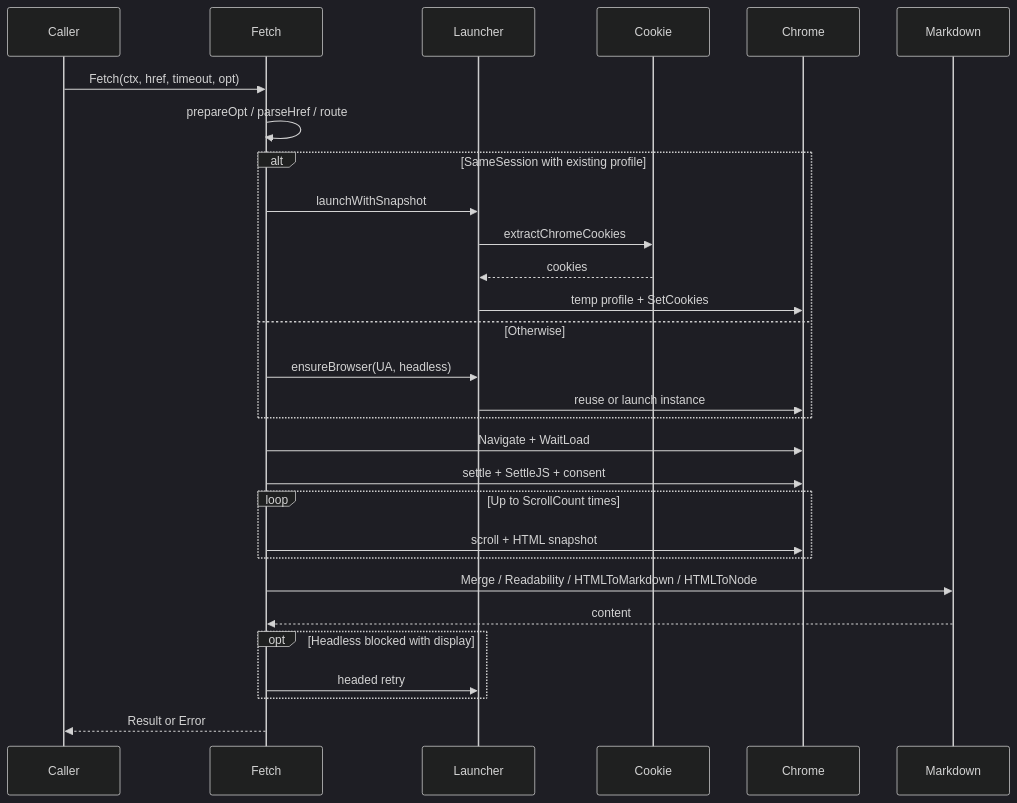
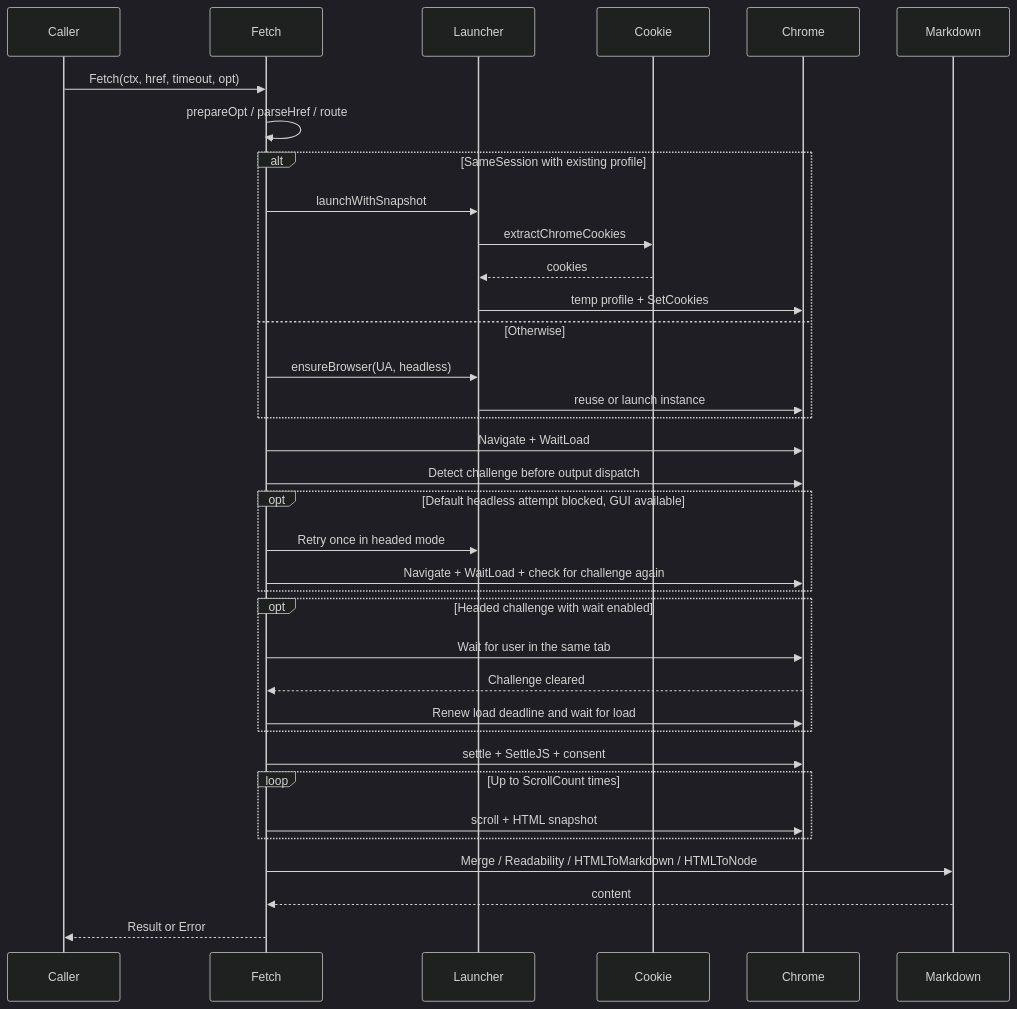
The seventh of 8 diagrams in doc/architecture.md (pardnchiu/go-browser), drawn with Mermaid (dark theme) before and after one commit. The commit also changed other lines of this file and 65 other files, not shown here.

````diff
--- a/doc/architecture.md
+++ b/doc/architecture.md
@@ -154,31 +161,38 @@
 ```mermaid
 sequenceDiagram
     participant Caller
     participant Fetch
     participant Launcher
     participant Cookie
     participant Chrome
     participant Markdown
     Caller->>Fetch: Fetch(ctx, href, timeout, opt)
     Fetch->>Fetch: prepareOpt / parseHref / route
     alt SameSession with existing profile
         Fetch->>Launcher: launchWithSnapshot
         Launcher->>Cookie: extractChromeCookies
         Cookie-->>Launcher: cookies
         Launcher->>Chrome: temp profile + SetCookies
     else Otherwise
         Fetch->>Launcher: ensureBrowser(UA, headless)
         Launcher->>Chrome: reuse or launch instance
     end
     Fetch->>Chrome: Navigate + WaitLoad
+    Fetch->>Chrome: Detect challenge before output dispatch
+    opt Default headless attempt blocked, GUI available
+        Fetch->>Launcher: Retry once in headed mode
+        Fetch->>Chrome: Navigate + WaitLoad + check for challenge again
+    end
+    opt Headed challenge with wait enabled
+        Fetch->>Chrome: Wait for user in the same tab
+        Chrome-->>Fetch: Challenge cleared
+        Fetch->>Chrome: Renew load deadline and wait for load
+    end
     Fetch->>Chrome: settle + SettleJS + consent
     loop Up to ScrollCount times
         Fetch->>Chrome: scroll + HTML snapshot
     end
     Fetch->>Markdown: Merge / Readability / HTMLToMarkdown / HTMLToNode
     Markdown-->>Fetch: content
-    opt Headless blocked with display
-        Fetch->>Launcher: headed retry
-    end
     Fetch-->>Caller: Result or Error
 ```
````
